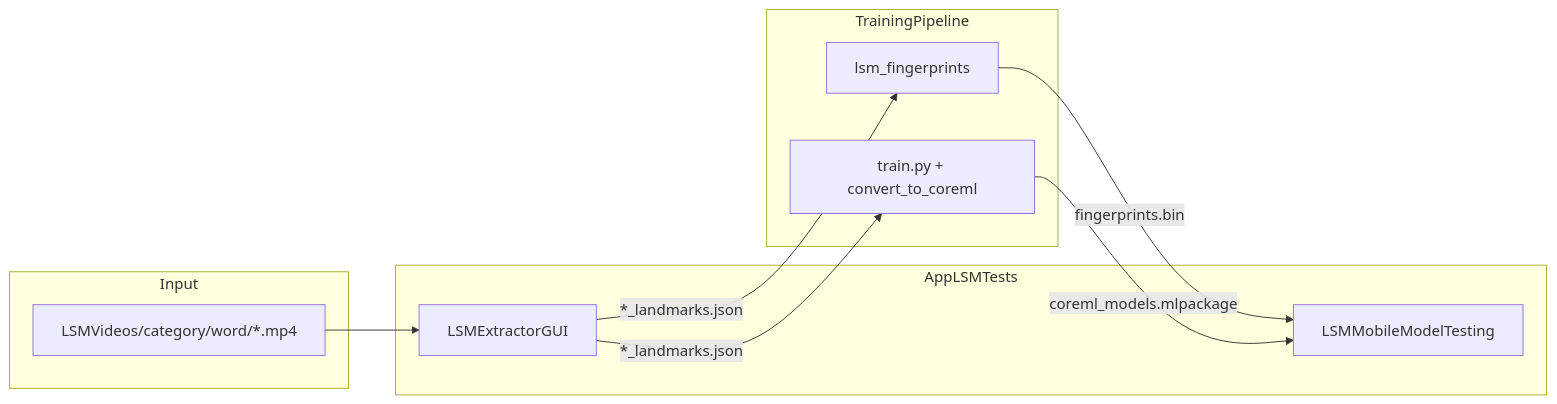
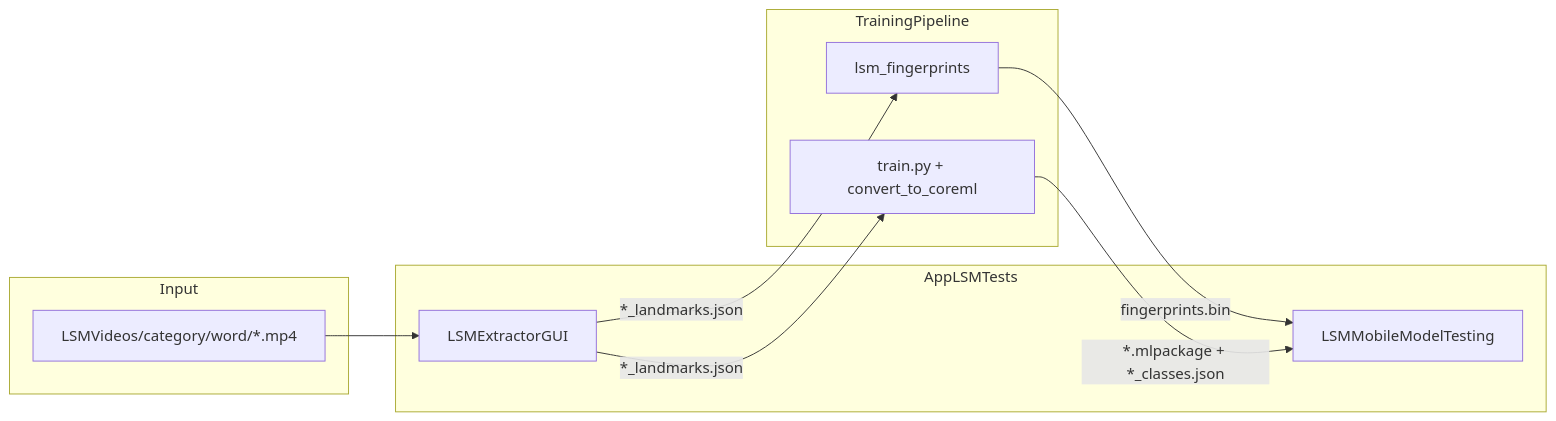
One commit to EmilioJimenezL/LSMPytorch changed the diagram in AGENTS.md. Above: the diagram before and after it, drawn with Mermaid. The commit also changed other lines of this file and 8 other files, not shown here.

````diff
--- a/AGENTS.md
+++ b/AGENTS.md
@@ -28,22 +28,22 @@
 ```mermaid
 flowchart LR
   subgraph videos [Input]
     LSMVideos["LSMVideos/category/word/*.mp4"]
   end
 
   subgraph applsm [AppLSMTests]
     Extractor[LSMExtractorGUI]
     Mobile[LSMMobileModelTesting]
   end
 
   subgraph training [TrainingPipeline]
     Fase1[lsm_fingerprints]
     Fase2[train.py + convert_to_coreml]
   end
 
   LSMVideos --> Extractor
   Extractor -->|"*_landmarks.json"| Fase1
   Extractor -->|"*_landmarks.json"| Fase2
   Fase1 -->|"fingerprints.bin"| Mobile
-  Fase2 -->|"coreml_models.mlpackage"| Mobile
+  Fase2 -->|"*.mlpackage + *_classes.json"| Mobile
 ```
````
